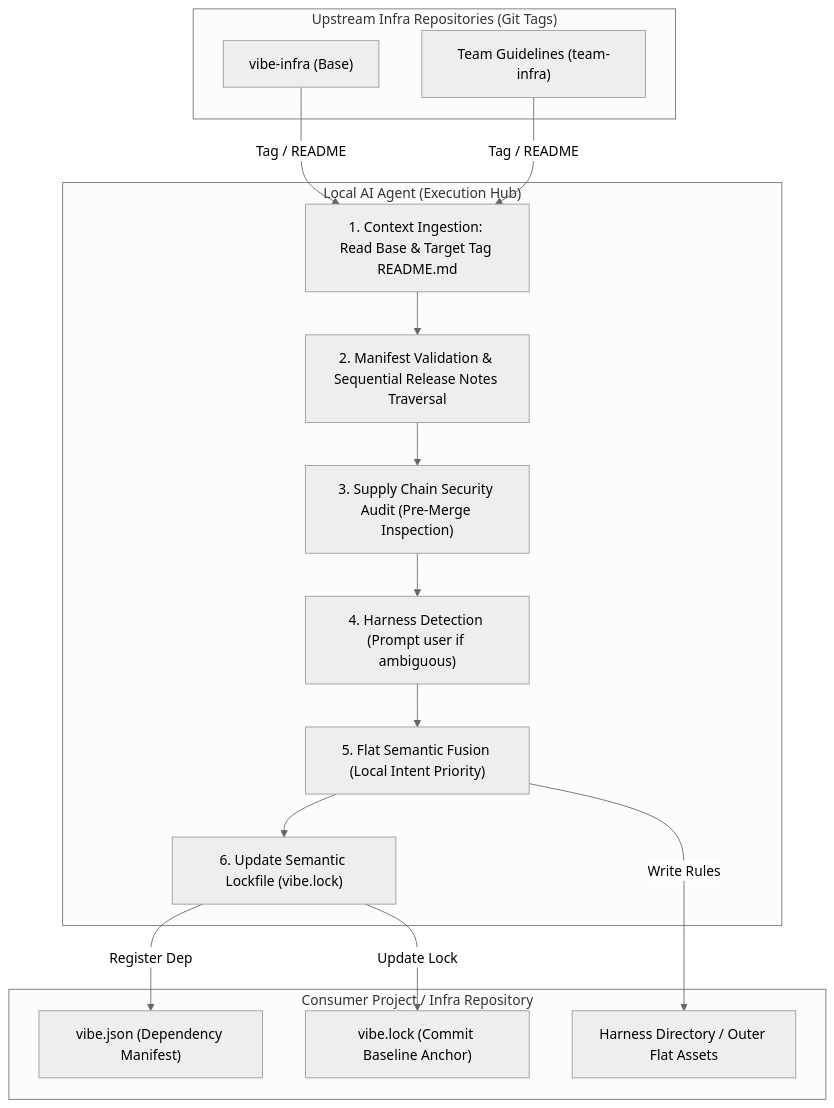
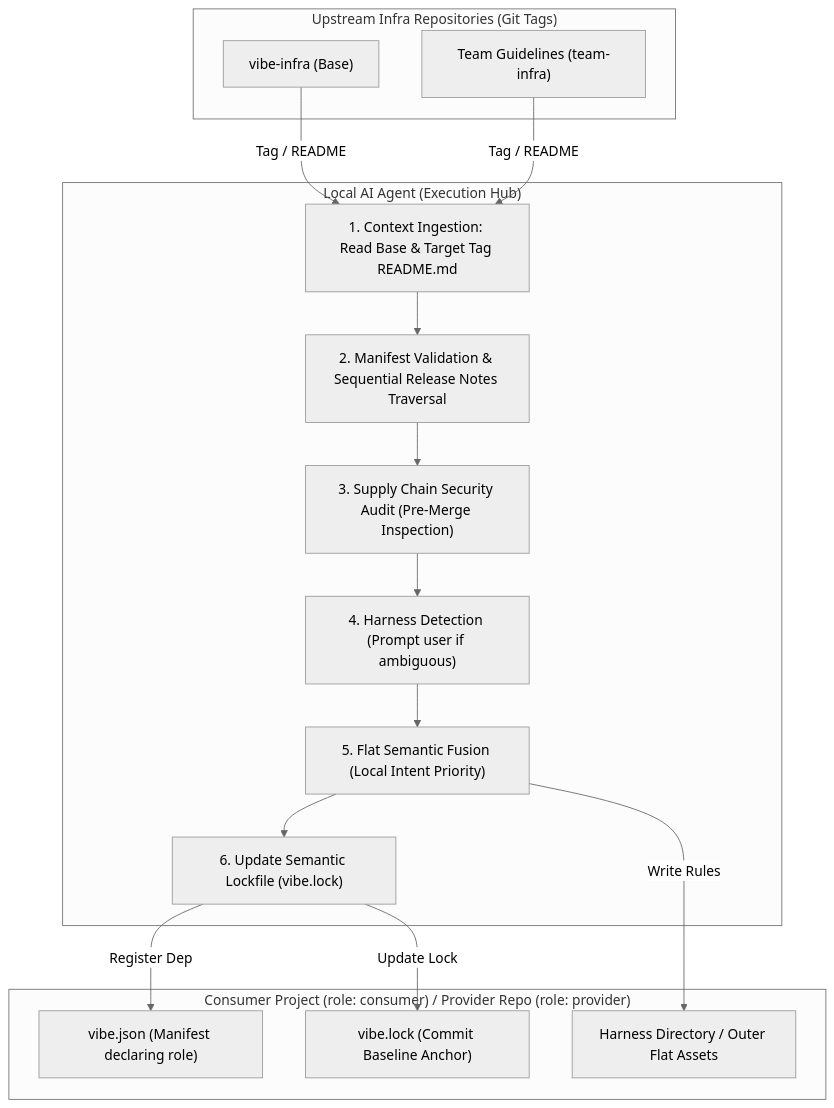
Before and after one commit to seho-dev/vibe-infra: the diagram in README.md, drawn with Mermaid (neutral theme). The commit also changed other lines of this file and 7 other files, not shown here.

Commit message:
feat(spec): differentiate consumer and provider roles in schema, manifests, and onboarding prompts

````diff
--- a/README.md
+++ b/README.md
@@ -29,33 +29,33 @@
 ```mermaid
 flowchart TD
     subgraph Upstream ["Upstream Infra Repositories (Git Tags)"]
         BaseInfra["vibe-infra (Base)"]
         TeamInfra["Team Guidelines (team-infra)"]
     end
 
     subgraph AgentEngine ["Local AI Agent (Execution Hub)"]
         Context["1. Context Ingestion: Read Base & Target Tag README.md"]
         Verify["2. Manifest Validation & Sequential Release Notes Traversal"]
         Audit["3. Supply Chain Security Audit (Pre-Merge Inspection)"]
         HarnessDetect["4. Harness Detection (Prompt user if ambiguous)"]
         SemanticMerge["5. Flat Semantic Fusion (Local Intent Priority)"]
         LockGen["6. Update Semantic Lockfile (vibe.lock)"]
     end
 
-    subgraph LocalProject ["Consumer Project / Infra Repository"]
-        VibeJson["vibe.json (Dependency Manifest)"]
+    subgraph LocalProject ["Consumer Project (role: consumer) / Provider Repo (role: provider)"]
+        VibeJson["vibe.json (Manifest declaring role)"]
         VibeLock["vibe.lock (Commit Baseline Anchor)"]
         TargetDir["Harness Directory / Outer Flat Assets"]
     end
 
     BaseInfra -->|"Tag / README"| Context
     TeamInfra -->|"Tag / README"| Context
     Context --> Verify
     Verify --> Audit
     Audit --> HarnessDetect
     HarnessDetect --> SemanticMerge
     SemanticMerge --> LockGen
     LockGen -->|"Update Lock"| VibeLock
     LockGen -->|"Register Dep"| VibeJson
     SemanticMerge -->|"Write Rules"| TargetDir
 ```
````
